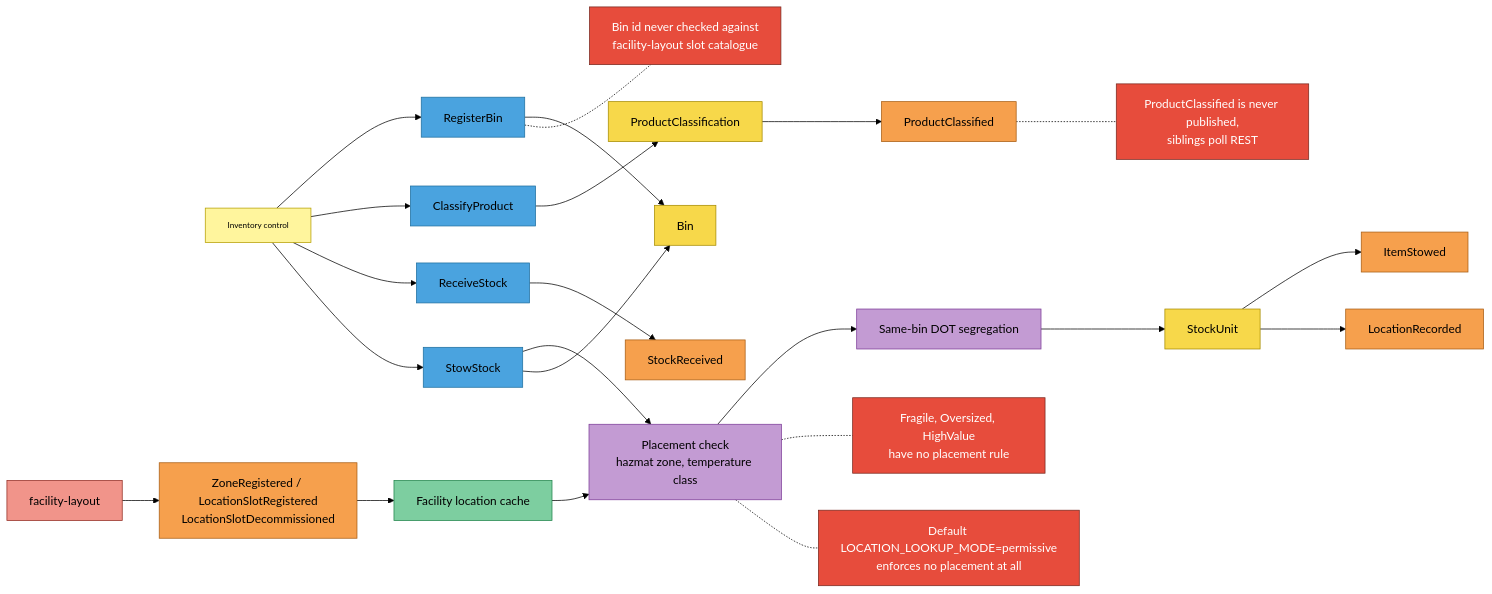
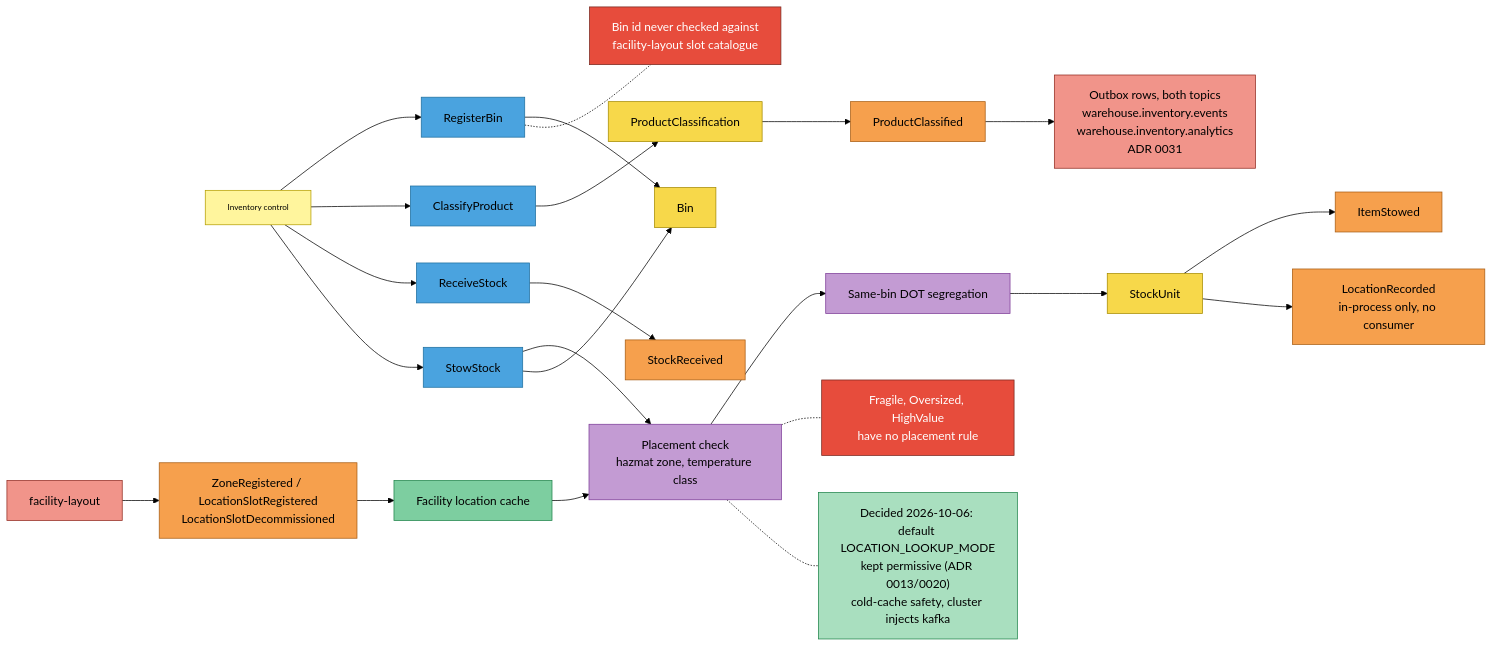
Before and after one commit to IQVO/inventory-storage: the second of 4 diagrams in docs/docs/ddd/eventstorming.md, drawn with Mermaid (forest theme). The commit also changed other lines of this file and 22 other files, not shown here.

First line of the commit message:
feat: publish ProductClassified; confirm-pick direction (audit decisions 2026-10-06) (#147)

````diff
--- a/docs/docs/ddd/eventstorming.md
+++ b/docs/docs/ddd/eventstorming.md
@@ -40,48 +42,48 @@
 ```mermaid
 flowchart LR
     IC["Inventory control"]:::actor
     FL["facility-layout"]:::external
     ZE["ZoneRegistered / LocationSlotRegistered<br/>LocationSlotDecommissioned"]:::event
     CACHE["Facility location cache"]:::readmodel
     RB["RegisterBin"]:::command
     BIN["Bin"]:::aggregate
     CP["ClassifyProduct"]:::command
     PC["ProductClassification"]:::aggregate
     PCE["ProductClassified"]:::event
+    OUT["Outbox rows, both topics<br/>warehouse.inventory.events<br/>warehouse.inventory.analytics<br/>ADR 0031"]:::external
     RS["ReceiveStock"]:::command
     SRE["StockReceived"]:::event
     SS["StowStock"]:::command
     PLC["Placement check<br/>hazmat zone, temperature class"]:::policy
     SEG["Same-bin DOT segregation"]:::policy
     SU["StockUnit"]:::aggregate
     IS["ItemStowed"]:::event
-    LR["LocationRecorded"]:::event
+    LR["LocationRecorded<br/>in-process only, no consumer"]:::event
     H1["Bin id never checked against<br/>facility-layout slot catalogue"]:::hotspot
     H2["Fragile, Oversized, HighValue<br/>have no placement rule"]:::hotspot
-    H3["Default LOCATION_LOOKUP_MODE=permissive<br/>enforces no placement at all"]:::hotspot
-    H4["ProductClassified is never published,<br/>siblings poll REST"]:::hotspot
+    H3["Decided 2026-10-06: default LOCATION_LOOKUP_MODE<br/>kept permissive (ADR 0013/0020)<br/>cold-cache safety, cluster injects kafka"]:::decided
 
     FL --> ZE --> CACHE
     IC --> RB --> BIN
-    IC --> CP --> PC --> PCE
+    IC --> CP --> PC --> PCE --> OUT
     IC --> RS --> SRE
     IC --> SS --> PLC
     CACHE --> PLC
     PLC --> SEG --> SU
     SS --> BIN
     SU --> IS
     SU --> LR
     RB -.- H1
     PLC -.- H2
     PLC -.- H3
-    PCE -.- H4
 
     classDef actor fill:#fff59d,stroke:#b59f00,color:#000,font-size:11px
     classDef command fill:#4aa3df,stroke:#1f6f9f,color:#000
     classDef aggregate fill:#f7d84a,stroke:#a68b00,color:#000
     classDef event fill:#f6a04d,stroke:#a85d14,color:#000
     classDef policy fill:#c39bd3,stroke:#7d3c98,color:#000
     classDef readmodel fill:#7dcea0,stroke:#1e8449,color:#000
     classDef external fill:#f1948a,stroke:#922b21,color:#000
     classDef hotspot fill:#e74c3c,stroke:#78281f,color:#fff
+    classDef decided fill:#a9dfbf,stroke:#1e8449,color:#000
 ```
````
